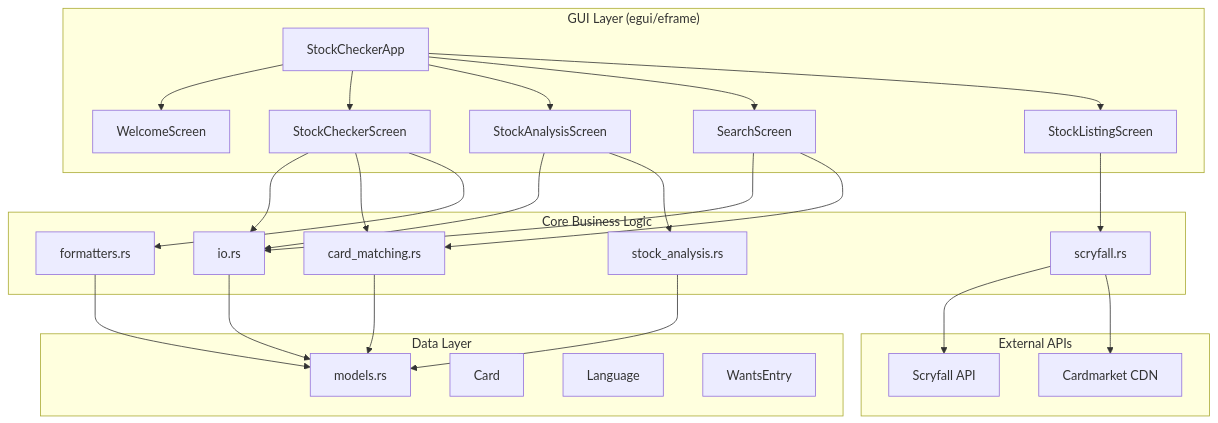
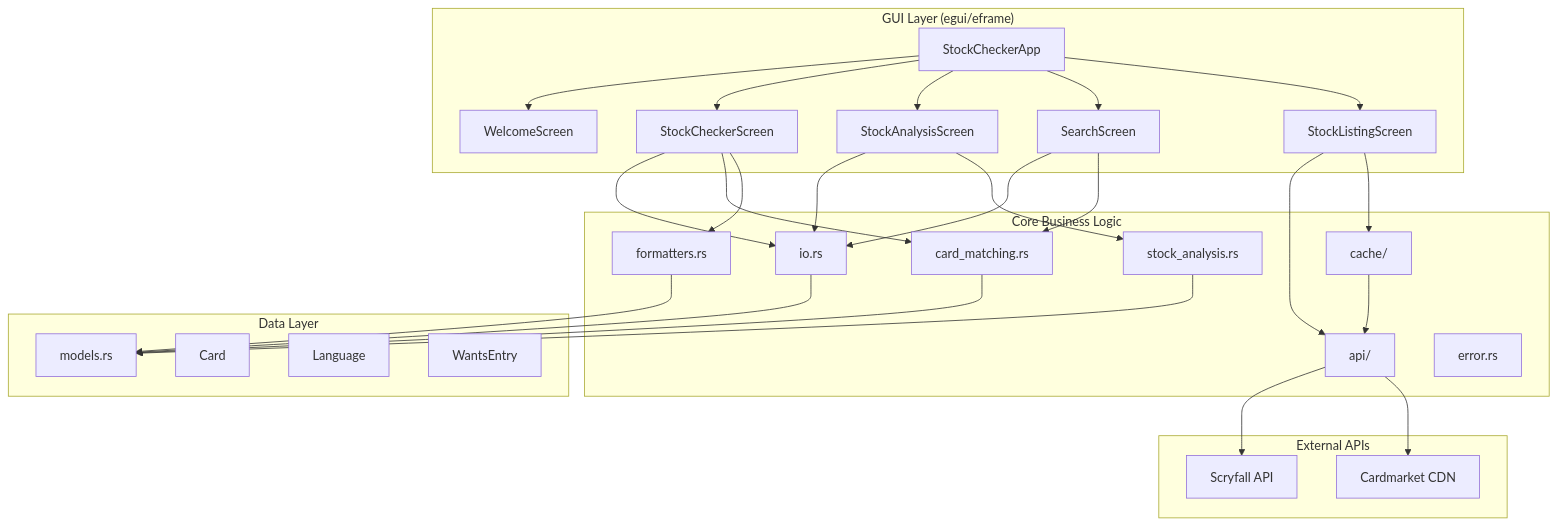
One commit to elheck/d2d_automations changed the first of 5 diagrams in check_stock/README.md. Above: the diagram before and after it, drawn with Mermaid. The commit also changed other lines of this file, not shown here.

````diff
--- a/check_stock/README.md
+++ b/check_stock/README.md
@@ -58,54 +58,58 @@
 ```mermaid
 flowchart TB
     subgraph GUI["GUI Layer (egui/eframe)"]
         App[StockCheckerApp]
         Welcome[WelcomeScreen]
         StockChecker[StockCheckerScreen]
         Analysis[StockAnalysisScreen]
         Search[SearchScreen]
         Listing[StockListingScreen]
     end
     
     subgraph Core["Core Business Logic"]
         IO[io.rs]
         Matching[card_matching.rs]
         Formatters[formatters.rs]
         StockAnalysis[stock_analysis.rs]
-        Scryfall[scryfall.rs]
+        API[api/]
+        Cache[cache/]
+        Error[error.rs]
     end
     
     subgraph Data["Data Layer"]
         Models[models.rs]
         Card[Card]
         Language[Language]
         WantsEntry[WantsEntry]
     end
     
     subgraph External["External APIs"]
         ScryfallAPI[Scryfall API]
         CardmarketCDN[Cardmarket CDN]
     end
     
     App --> Welcome
     App --> StockChecker
     App --> Analysis
     App --> Search
     App --> Listing
     
     StockChecker --> IO
     StockChecker --> Matching
     StockChecker --> Formatters
     Analysis --> IO
     Analysis --> StockAnalysis
     Search --> IO
     Search --> Matching
-    Listing --> Scryfall
+    Listing --> API
+    Listing --> Cache
     
-    Scryfall --> ScryfallAPI
-    Scryfall --> CardmarketCDN
+    API --> ScryfallAPI
+    API --> CardmarketCDN
+    Cache --> API
     
     IO --> Models
     Matching --> Models
     Formatters --> Models
     StockAnalysis --> Models
 ```
````
